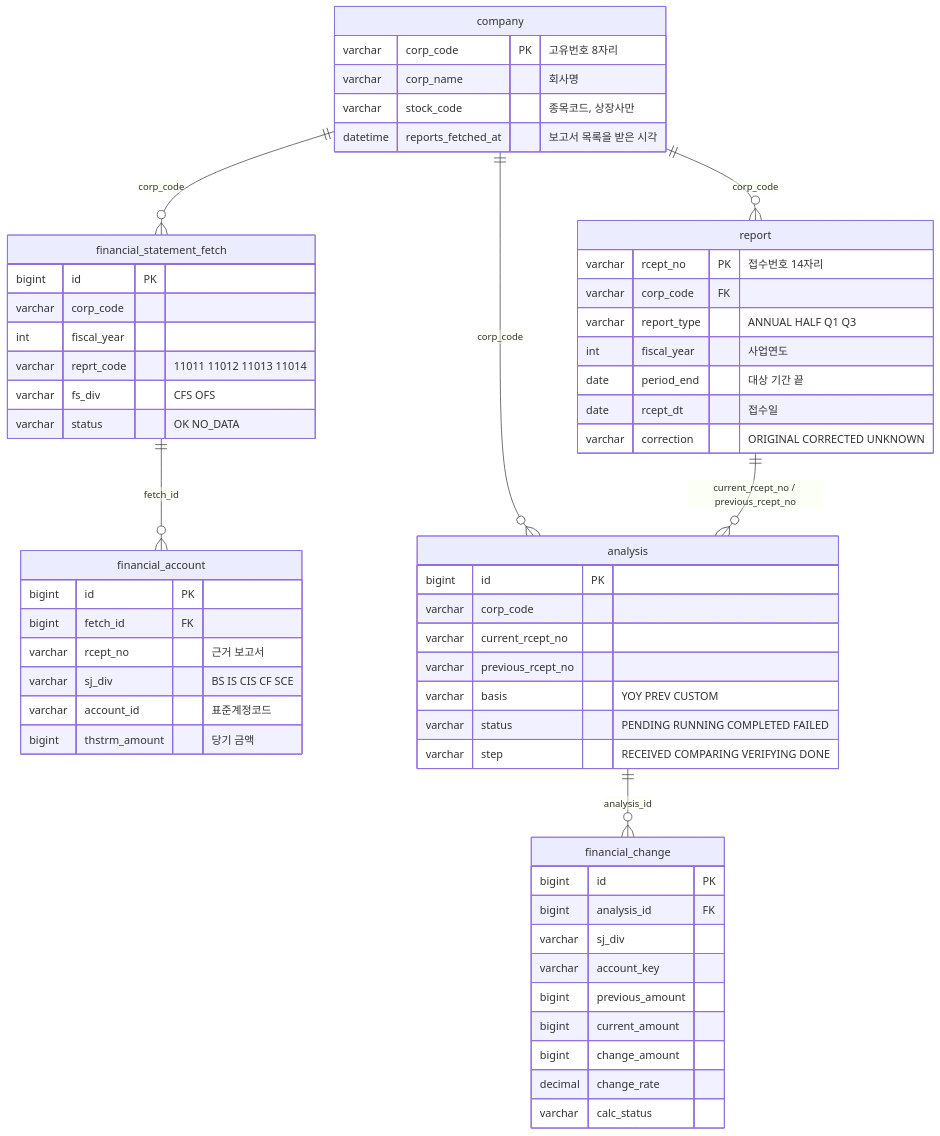
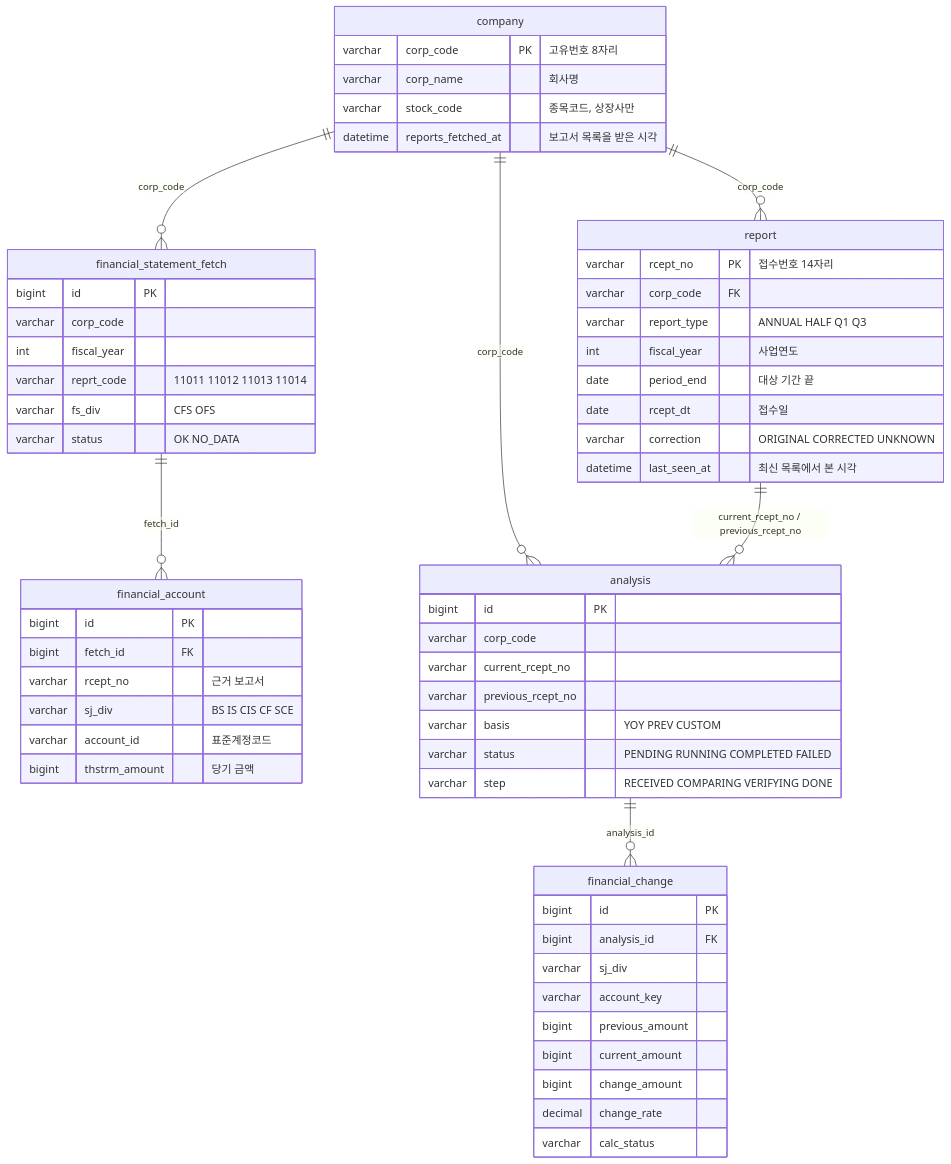
Before and after one commit to ShinhanDSProject/dart-insight: the diagram in docs/erd.md, drawn with Mermaid. The commit also changed other lines of this file and 18 other files, not shown here.

````diff
--- a/docs/erd.md
+++ b/docs/erd.md
@@ -28,61 +28,62 @@
 ```mermaid
 erDiagram
     company ||--o{ report : "corp_code"
     company ||--o{ financial_statement_fetch : "corp_code"
     financial_statement_fetch ||--o{ financial_account : "fetch_id"
     company ||--o{ analysis : "corp_code"
     report ||--o{ analysis : "current_rcept_no / previous_rcept_no"
     analysis ||--o{ financial_change : "analysis_id"
 
     company {
         varchar corp_code PK "고유번호 8자리"
         varchar corp_name "회사명"
         varchar stock_code "종목코드, 상장사만"
         datetime reports_fetched_at "보고서 목록을 받은 시각"
     }
     report {
         varchar rcept_no PK "접수번호 14자리"
         varchar corp_code FK
         varchar report_type "ANNUAL HALF Q1 Q3"
         int fiscal_year "사업연도"
         date period_end "대상 기간 끝"
         date rcept_dt "접수일"
         varchar correction "ORIGINAL CORRECTED UNKNOWN"
+        datetime last_seen_at "최신 목록에서 본 시각"
     }
     financial_statement_fetch {
         bigint id PK
         varchar corp_code
         int fiscal_year
         varchar reprt_code "11011 11012 11013 11014"
         varchar fs_div "CFS OFS"
         varchar status "OK NO_DATA"
     }
     financial_account {
         bigint id PK
         bigint fetch_id FK
         varchar rcept_no "근거 보고서"
         varchar sj_div "BS IS CIS CF SCE"
         varchar account_id "표준계정코드"
         bigint thstrm_amount "당기 금액"
     }
     analysis {
         bigint id PK
         varchar corp_code
         varchar current_rcept_no
         varchar previous_rcept_no
         varchar basis "YOY PREV CUSTOM"
         varchar status "PENDING RUNNING COMPLETED FAILED"
         varchar step "RECEIVED COMPARING VERIFYING DONE"
     }
     financial_change {
         bigint id PK
         bigint analysis_id FK
         varchar sj_div
         varchar account_key
         bigint previous_amount
         bigint current_amount
         bigint change_amount
         decimal change_rate
         varchar calc_status
     }
 ```
````
